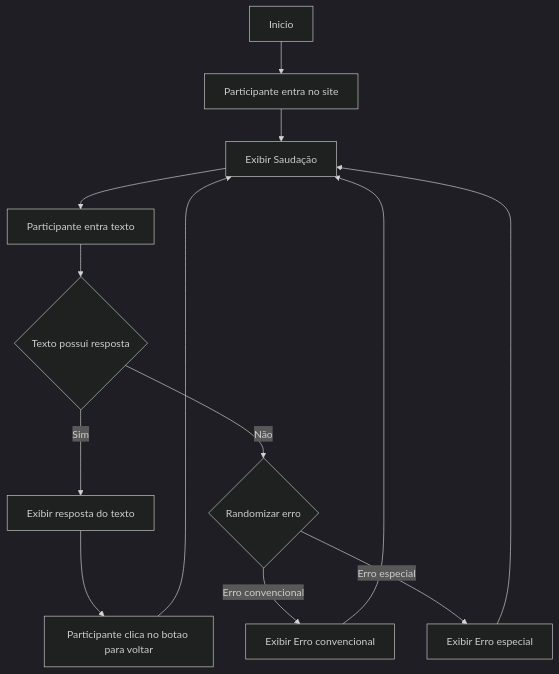
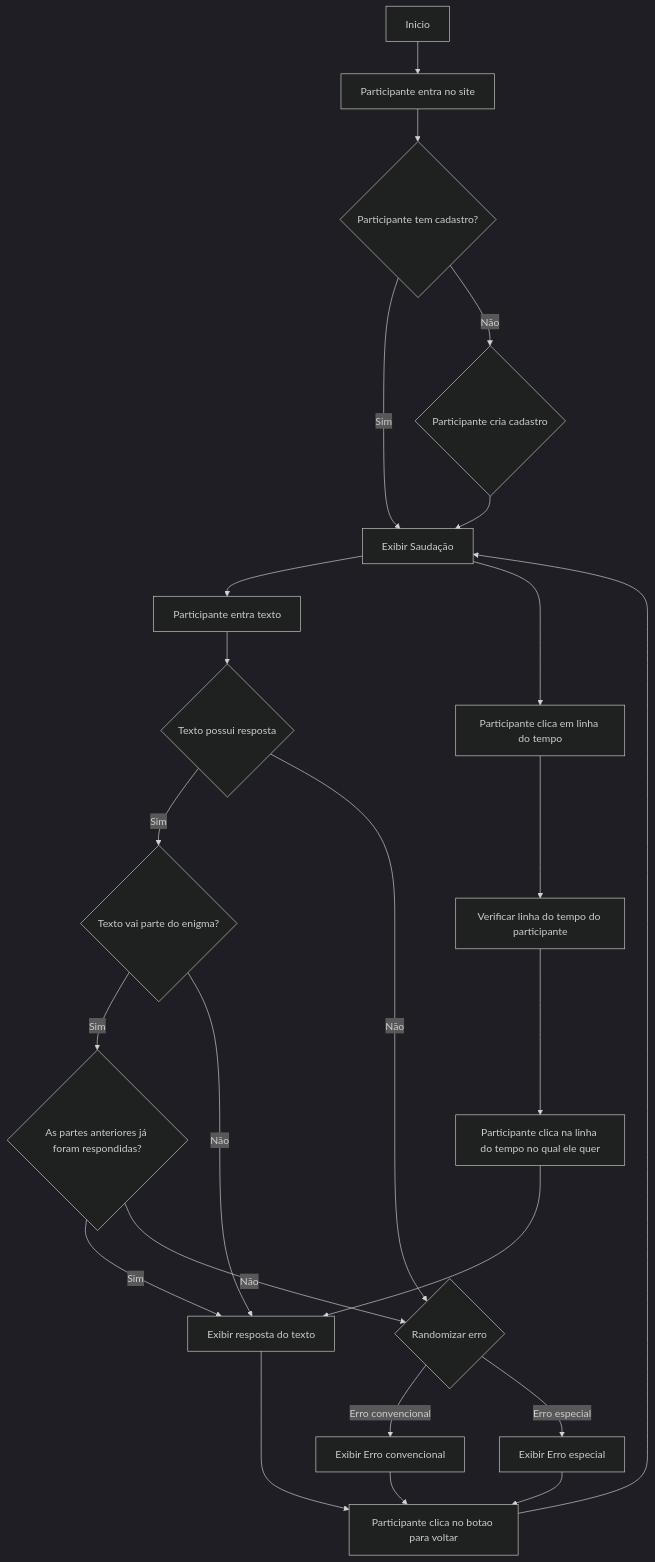
The second of 2 diagrams in README.md (marlusclayton/arg), drawn with Mermaid (dark theme) before and after one commit.

Commit message:
Mundança do diagrama de fluxo

````diff
--- a/README.md
+++ b/README.md
@@ -67,29 +67,47 @@
 ```mermaid
 graph TD;
     A[Inicio];
     B[Participante entra no site]
+    B1{Participante tem cadastro?}
+    B2{Participante cria cadastro}
     C[Exibir Saudação]
     D[Participante entra texto]
     E{Texto possui resposta}
     F[Exibir resposta do texto]
     G[Participante clica no botao para voltar]
     H{Randomizar erro}
-
     I[Exibir Erro convencional]
     J[Exibir Erro especial]
+    E1{Texto vai parte do enigma?}
+    E2{As partes anteriores já foram respondidas?}
+    K[Participante clica em linha do tempo]
+    L[Verificar linha do tempo do participante]
+    M[Participante clica na linha do tempo no qual ele quer]
+
     A --> B;
-    B --> C;
+    B --> B1;
+    B1 -->|Sim| C;
+    B1 -->|Não|B2; 
+    B2 --> C;
     C --> D;
     D --> E;
-    E -->|Sim| F;
-    E --> |Não| H;
+    E -->|Sim| E1;
+    E -->|Não| H;
+    E1 -->|Sim| E2;
+    E1 -->|Não| F;
+    E2 -->|Sim| F;
+    E2 -->|Não| H;
     F --> G;
     G --> C;
     H -->|Erro convencional| I;
     H -->|Erro especial| J;
-    I --> C;
-    J --> C;
+    I --> G;
+    J --> G;
+    C --> K;
+    K --> L;
+    L --> M;
+    M --> F;
 
 
 
 ```
````
